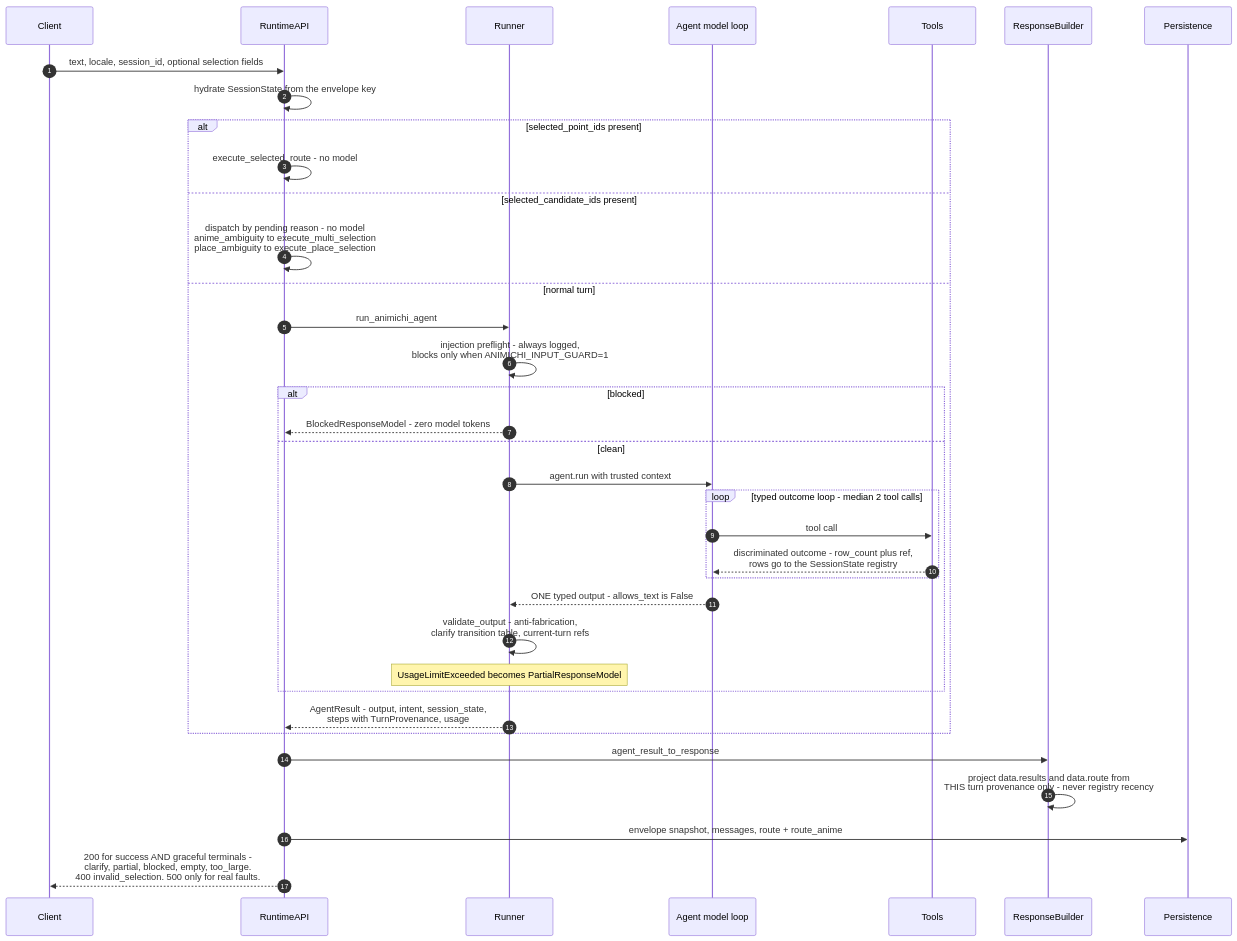
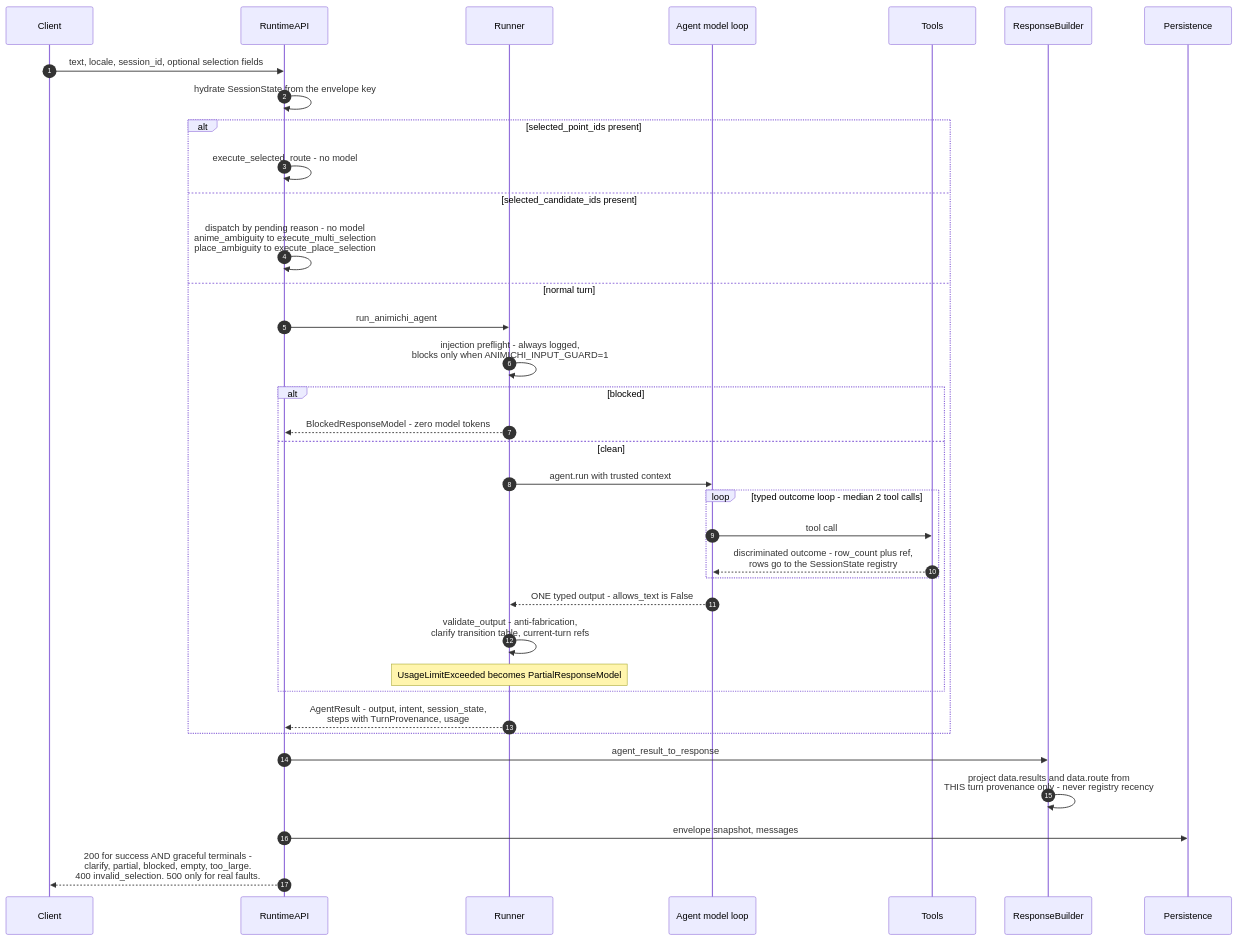
The second of 5 diagrams in docs/architecture-diagrams.md (lifeodyssey/animichi), drawn with Mermaid before and after one commit. The commit also changed other lines of this file and 162 other files, not shown here.

````diff
--- a/docs/architecture-diagrams.md
+++ b/docs/architecture-diagrams.md
@@ -58,39 +58,39 @@
 ```mermaid
 sequenceDiagram
     autonumber
     participant C as Client
     participant API as RuntimeAPI
     participant R as Runner
     participant A as Agent model loop
     participant T as Tools
     participant RB as ResponseBuilder
     participant DB as Persistence
 
     C->>API: text, locale, session_id, optional selection fields
     API->>API: hydrate SessionState from the envelope key
     alt selected_point_ids present
         API->>API: execute_selected_route - no model
     else selected_candidate_ids present
         API->>API: dispatch by pending reason - no model<br/>anime_ambiguity to execute_multi_selection<br/>place_ambiguity to execute_place_selection
     else normal turn
         API->>R: run_animichi_agent
         R->>R: injection preflight - always logged,<br/>blocks only when ANIMICHI_INPUT_GUARD=1
         alt blocked
             R-->>API: BlockedResponseModel - zero model tokens
         else clean
             R->>A: agent.run with trusted context
             loop typed outcome loop - median 2 tool calls
                 A->>T: tool call
                 T-->>A: discriminated outcome - row_count plus ref,<br/>rows go to the SessionState registry
             end
             A-->>R: ONE typed output - allows_text is False
             R->>R: validate_output - anti-fabrication,<br/>clarify transition table, current-turn refs
             Note over R: UsageLimitExceeded becomes PartialResponseModel
         end
         R-->>API: AgentResult - output, intent, session_state,<br/>steps with TurnProvenance, usage
     end
     API->>RB: agent_result_to_response
     RB->>RB: project data.results and data.route from<br/>THIS turn provenance only - never registry recency
-    API->>DB: envelope snapshot, messages, route + route_anime
+    API->>DB: envelope snapshot, messages
     API-->>C: 200 for success AND graceful terminals -<br/>clarify, partial, blocked, empty, too_large.<br/>400 invalid_selection. 500 only for real faults.
 ```
````
